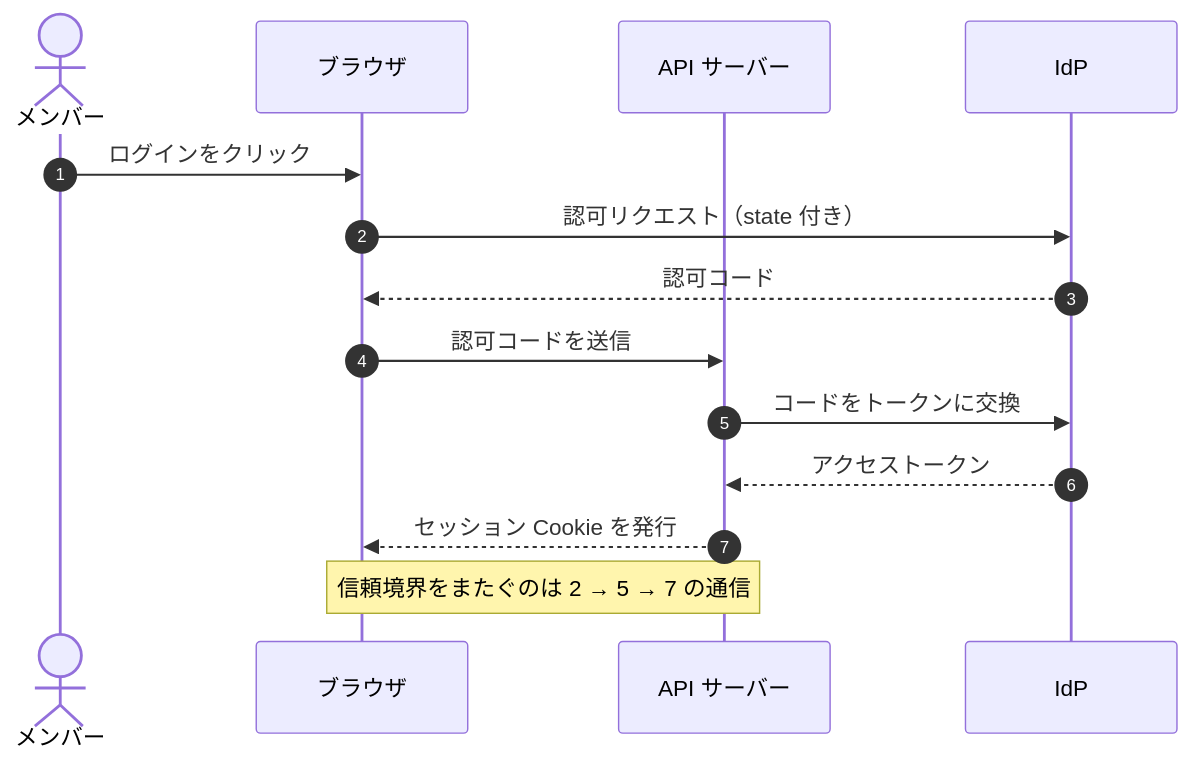
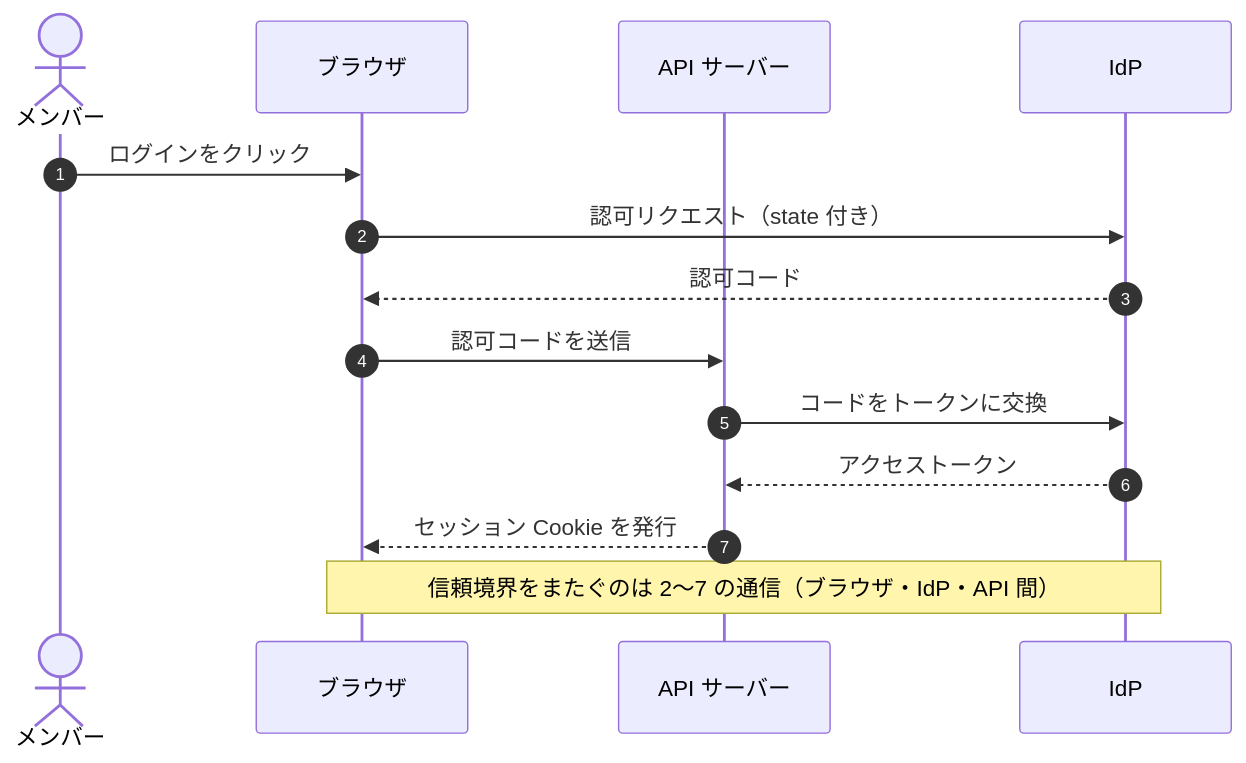
Before and after one commit to myoshi2891/Security_Studies: the third of 9 diagrams in Threat-modeling-guide.md, drawn with Mermaid. The commit also changed other lines of this file, not shown here.

Commit message:
docs(threat-modeling): 目次リンクおよびシーケンス図の信頼境界注記を修正

````diff
--- a/Threat-modeling-guide.md
+++ b/Threat-modeling-guide.md
@@ -304,17 +304,17 @@
 ```mermaid
 sequenceDiagram
     autonumber
     actor M as メンバー
     participant B as ブラウザ
     participant A as API サーバー
     participant I as IdP
 
     M->>B: ログインをクリック
     B->>I: 認可リクエスト（state 付き）
     I-->>B: 認可コード
     B->>A: 認可コードを送信
     A->>I: コードをトークンに交換
     I-->>A: アクセストークン
     A-->>B: セッション Cookie を発行
-    Note over B,A: 信頼境界をまたぐのは 2 → 5 → 7 の通信
+    Note over B,I: 信頼境界をまたぐのは 2〜7 の通信（ブラウザ・IdP・API 間）
 ```
````
